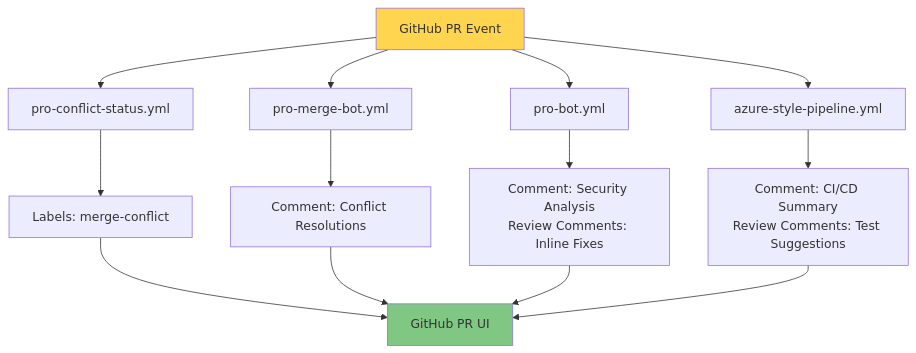
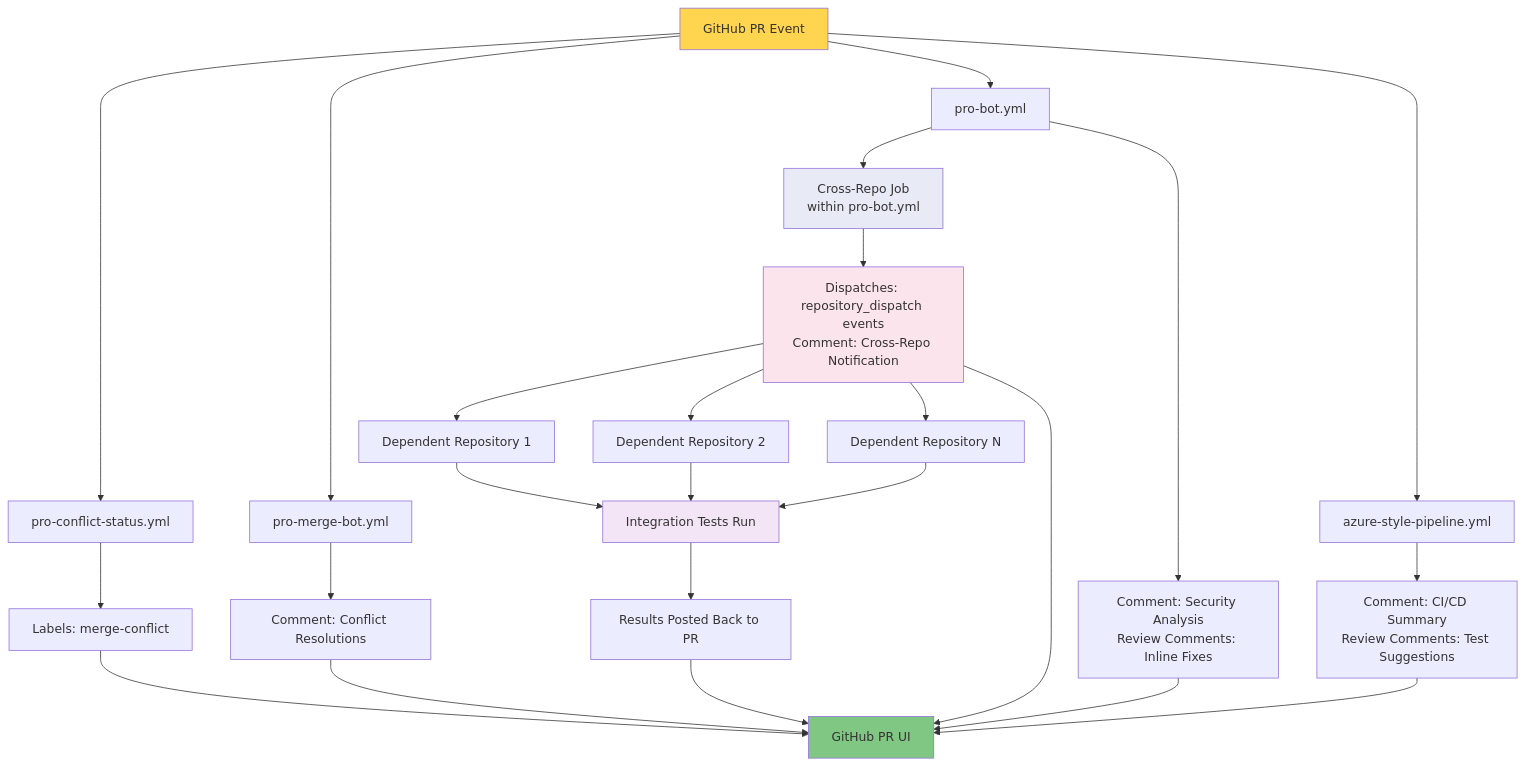
Before and after one commit to Balajeeiyer/MockAI: the fourth of 4 diagrams in docs/PRO_WORKFLOW_ARCHITECTURE.md, drawn with Mermaid. The commit also changed other lines of this file and 1 other file, not shown here.

````diff
--- a/docs/PRO_WORKFLOW_ARCHITECTURE.md
+++ b/docs/PRO_WORKFLOW_ARCHITECTURE.md
@@ -375,20 +825,38 @@
 ```mermaid
 graph TD
     A[GitHub PR Event] --> B[pro-conflict-status.yml]
     A --> C[pro-merge-bot.yml]
     A --> D[pro-bot.yml]
     A --> E[azure-style-pipeline.yml]
     
+    D --> D1[Cross-Repo Job<br/>within pro-bot.yml]
+    
     B --> F[Labels: merge-conflict]
     C --> G[Comment: Conflict Resolutions]
     D --> H[Comment: Security Analysis<br/>Review Comments: Inline Fixes]
+    D1 --> H1[Dispatches: repository_dispatch events<br/>Comment: Cross-Repo Notification]
     E --> I[Comment: CI/CD Summary<br/>Review Comments: Test Suggestions]
+    
+    H1 --> H2[Dependent Repository 1]
+    H1 --> H3[Dependent Repository 2]
+    H1 --> H4[Dependent Repository N]
+    
+    H2 --> H5[Integration Tests Run]
+    H3 --> H5
+    H4 --> H5
+    
+    H5 --> H6[Results Posted Back to PR]
     
     F --> J[GitHub PR UI]
     G --> J
     H --> J
+    H1 --> J
     I --> J
+    H6 --> J
     
     style A fill:#ffd54f
     style J fill:#81c784
+    style D1 fill:#e8eaf6
+    style H1 fill:#fce4ec
+    style H5 fill:#f3e5f5
 ```
````
